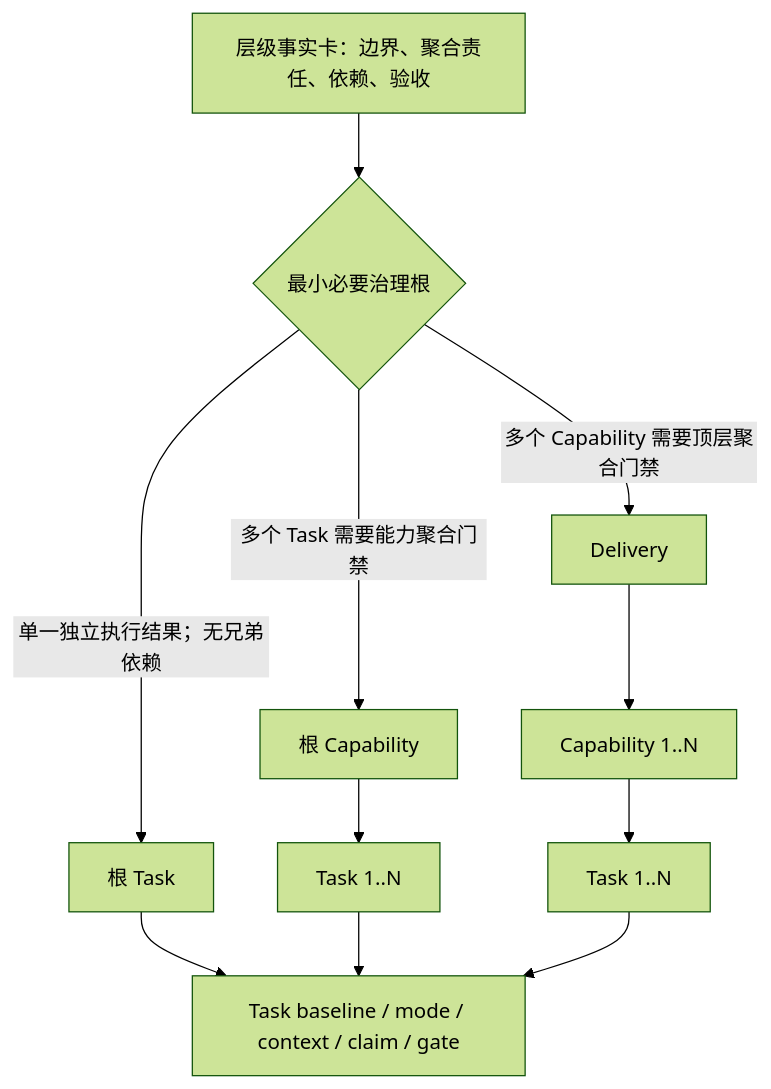
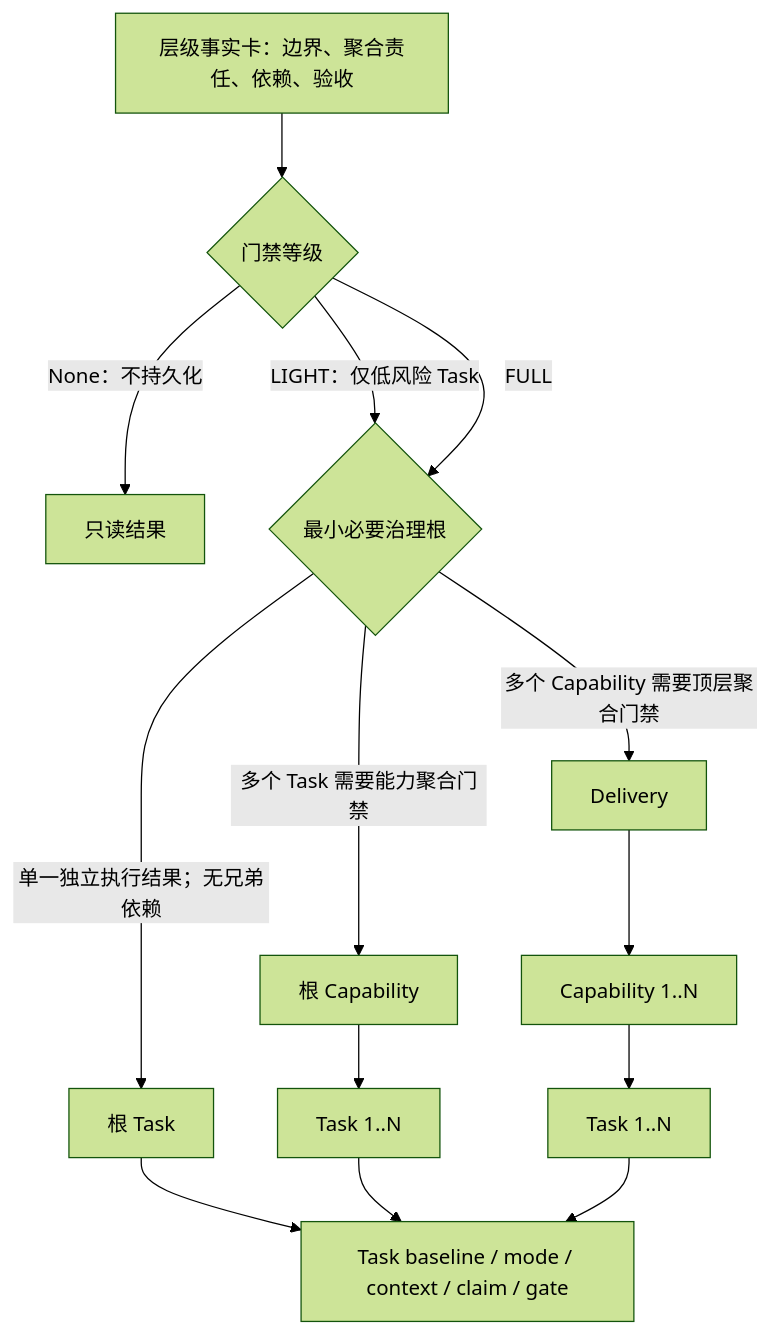
The first of 3 diagrams in skills/hierarchical-delivery-governance/references/workflow.md (feng123321li/gated-ai-dev-loop), drawn with Mermaid (forest theme) before and after one commit. The commit also changed other lines of this file and 28 other files, not shown here.

Commit message:
feat: add schema v3 hierarchy promotion

````diff
--- a/skills/hierarchical-delivery-governance/references/workflow.md
+++ b/skills/hierarchical-delivery-governance/references/workflow.md
@@ -20,13 +21,16 @@
 ```mermaid
 flowchart TD
-    A["层级事实卡：边界、聚合责任、依赖、验收"] --> B{"最小必要治理根"}
+    A["层级事实卡：边界、聚合责任、依赖、验收"] --> L{"门禁等级"}
+    L -->|"None：不持久化"| N["只读结果"]
+    L -->|"LIGHT：仅低风险 Task"| B{"最小必要治理根"}
+    L -->|"FULL"| B
     B -->|"单一独立执行结果；无兄弟依赖"| T["根 Task"]
     B -->|"多个 Task 需要能力聚合门禁"| C["根 Capability"]
     B -->|"多个 Capability 需要顶层聚合门禁"| D["Delivery"]
     C --> CT["Task 1..N"]
     D --> DC["Capability 1..N"]
     DC --> DT["Task 1..N"]
     T --> G["Task baseline / mode / context / claim / gate"]
     CT --> G
     DT --> G
 ```
````
